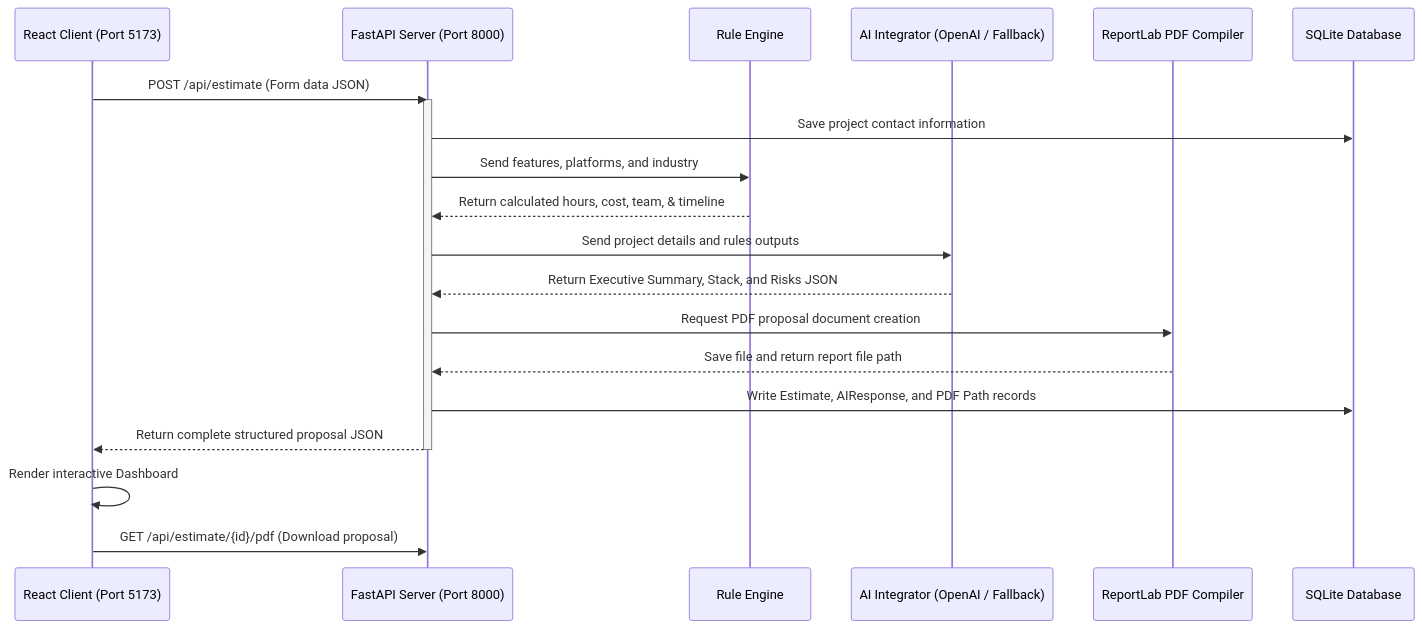
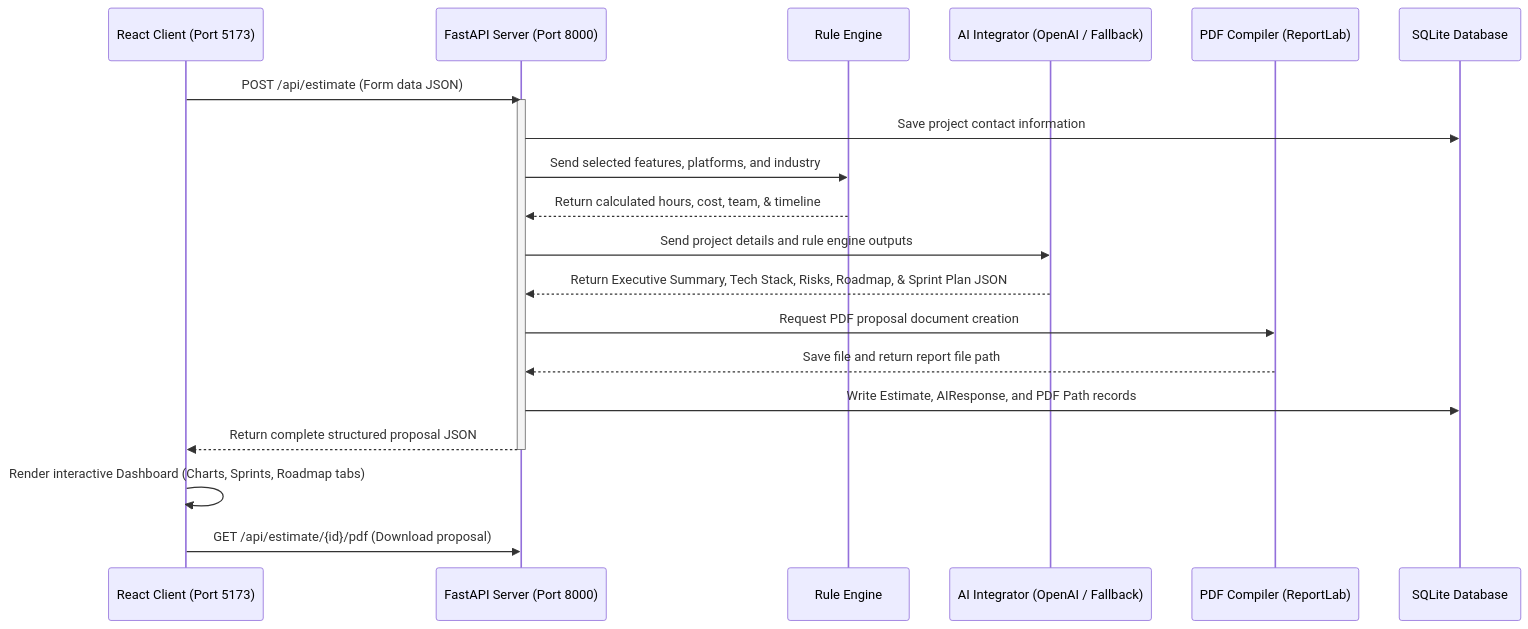
The diagram in README.md (EmaanSwati001/Ai_estimator), drawn with Mermaid before and after one commit. The commit also changed other lines of this file and 20 other files, not shown here.

````diff
--- a/README.md
+++ b/README.md
@@ -37,24 +24,24 @@
 ```mermaid
 sequenceDiagram
     participant Client as React Client (Port 5173)
     participant API as FastAPI Server (Port 8000)
     participant Rules as Rule Engine
     participant AI as AI Integrator (OpenAI / Fallback)
-    participant PDF as ReportLab PDF Compiler
+    participant PDF as PDF Compiler (ReportLab)
     participant DB as SQLite Database
 
     Client->>API: POST /api/estimate (Form data JSON)
     activate API
     API->>DB: Save project contact information
-    API->>Rules: Send features, platforms, and industry
+    API->>Rules: Send selected features, platforms, and industry
     Rules-->>API: Return calculated hours, cost, team, & timeline
-    API->>AI: Send project details and rules outputs
-    AI-->>API: Return Executive Summary, Stack, and Risks JSON
+    API->>AI: Send project details and rule engine outputs
+    AI-->>API: Return Executive Summary, Tech Stack, Risks, Roadmap, & Sprint Plan JSON
     API->>PDF: Request PDF proposal document creation
     PDF-->>API: Save file and return report file path
     API->>DB: Write Estimate, AIResponse, and PDF Path records
     API-->>Client: Return complete structured proposal JSON
     deactivate API
-    Client->>Client: Render interactive Dashboard
+    Client->>Client: Render interactive Dashboard (Charts, Sprints, Roadmap tabs)
     Client->>API: GET /api/estimate/{id}/pdf (Download proposal)
 ```
````
